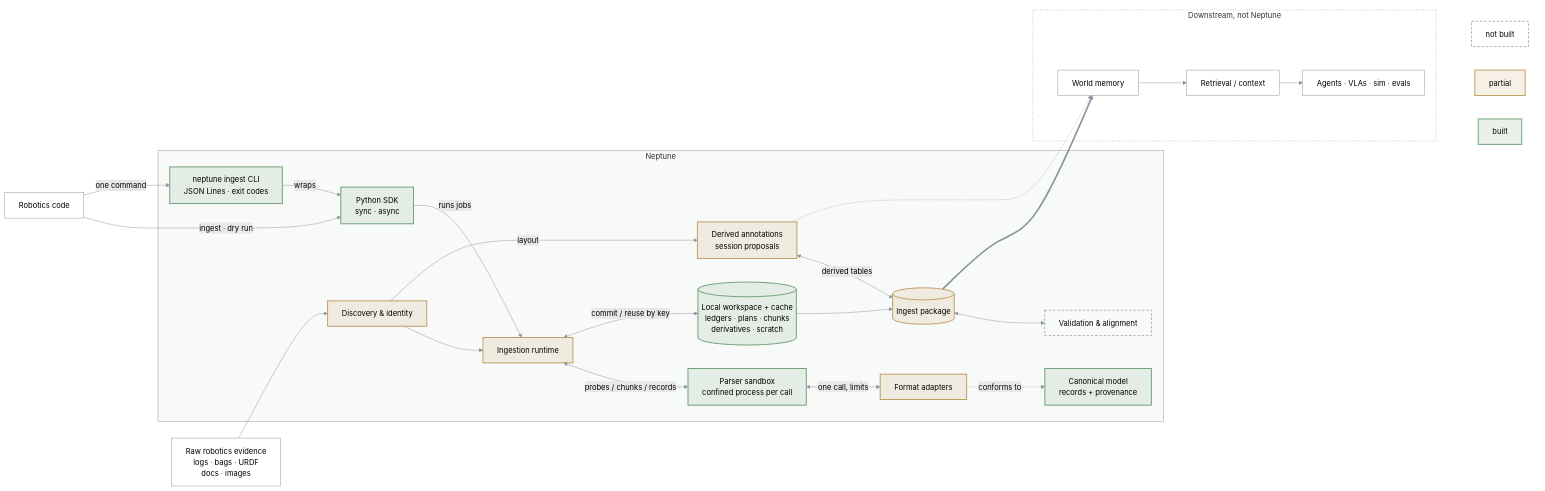
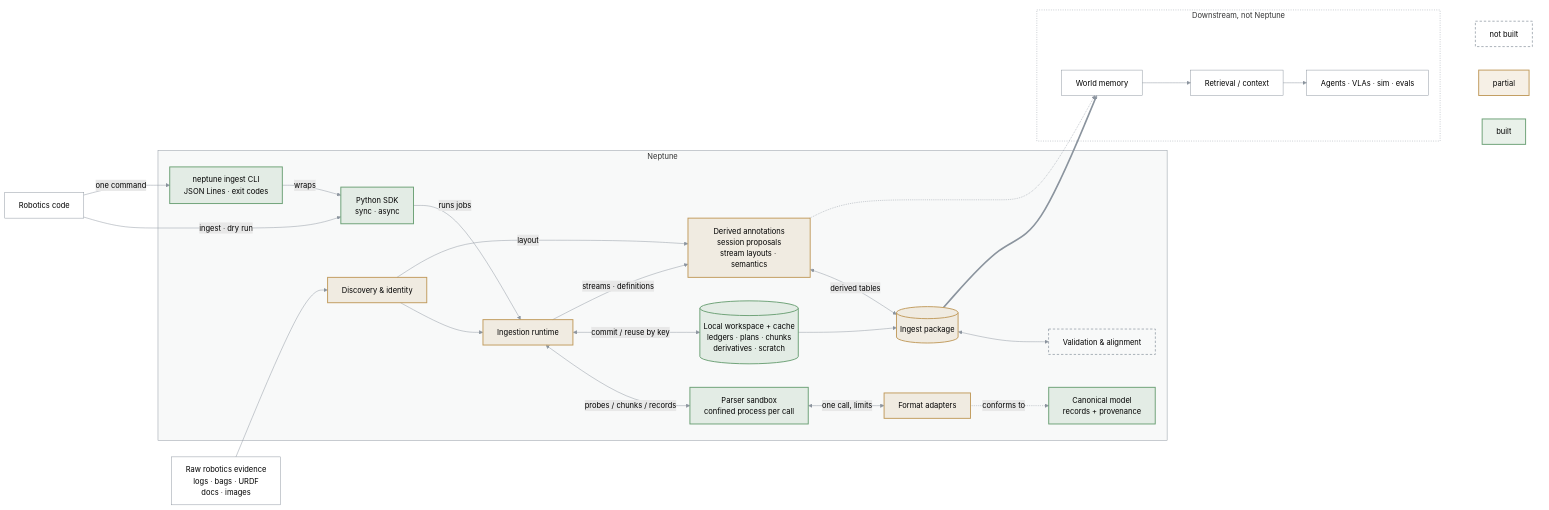
Before and after one commit to bennytay/neptune: the diagram in ARCHITECTURE.md, drawn with Mermaid (forest theme). The commit also changed 5 other files, not shown here.

First line of the commit message:
docs(adr): 0049 stream introspection as derived layout and semantic tables

````diff
--- a/ARCHITECTURE.md
+++ b/ARCHITECTURE.md
@@ -3,62 +3,63 @@
 ```mermaid
 flowchart LR
   RAW["Raw robotics evidence<br/>logs · bags · URDF<br/>docs · images"]
   DEV["Robotics code"]
 
   subgraph N["Neptune"]
     CLI["neptune ingest CLI<br/>JSON Lines · exit codes"]
     SDK["Python SDK<br/>sync · async"]
     DISC["Discovery &amp; identity"]
     RT["Ingestion runtime"]
     WS[("Local workspace + cache<br/>ledgers · plans · chunks<br/>derivatives · scratch")]
     AD["Format adapters"]
     SB["Parser sandbox<br/>confined process per call"]
     CAN["Canonical model<br/>records + provenance"]
     PKG[("Ingest package")]
     VAL["Validation &amp; alignment"]
-    DER["Derived annotations<br/>session proposals"]
+    DER["Derived annotations<br/>session proposals<br/>stream layouts · semantics"]
   end
 
   subgraph D["Downstream, not Neptune"]
     MEM["World memory"]
     RET["Retrieval / context"]
     USE["Agents · VLAs · sim · evals"]
   end
 
   RAW --> DISC --> RT
   DEV -->|ingest · dry run| SDK -->|runs jobs| RT
   DEV -->|one command| CLI -->|wraps| SDK
   RT <-->|probes / chunks / records| SB
   SB <-->|one call, limits| AD
   AD -.->|conforms to| CAN
   RT <-->|commit / reuse by key| WS
   WS --> PKG
   PKG <--> VAL
   DISC -->|layout| DER
+  RT -->|streams · definitions| DER
   DER <-->|derived tables| PKG
   PKG ==> MEM --> RET --> USE
   DER -.-> MEM
 
   subgraph KEY[" "]
     K1["built"]
     K2["partial"]
     K3["not built"]
   end
   USE ~~~ K1 & K2 & K3
 
   classDef built fill:#6a9f7426,stroke:#6a9f74,stroke-width:2px
   classDef partial fill:#c09a5b26,stroke:#c09a5b,stroke-width:2px
   classDef todo fill:none,stroke:#8b949e,stroke-width:1.5px,stroke-dasharray:5 4
   classDef ext fill:none,stroke:#8b949e,stroke-width:1px
   class CAN,WS,K1 built
   class DISC,RT,AD,PKG,DER,K2 partial
   class VAL,K3 todo
   class SB built
   class SDK,CLI built
   class DEV ext
   class RAW,MEM,RET,USE ext
   style N fill:#8b949e0f,stroke:#8b949e
   style D fill:none,stroke:#8b949e,stroke-dasharray:2 3
   style KEY fill:none,stroke:none
   linkStyle default stroke:#8b949e
 ```
````
